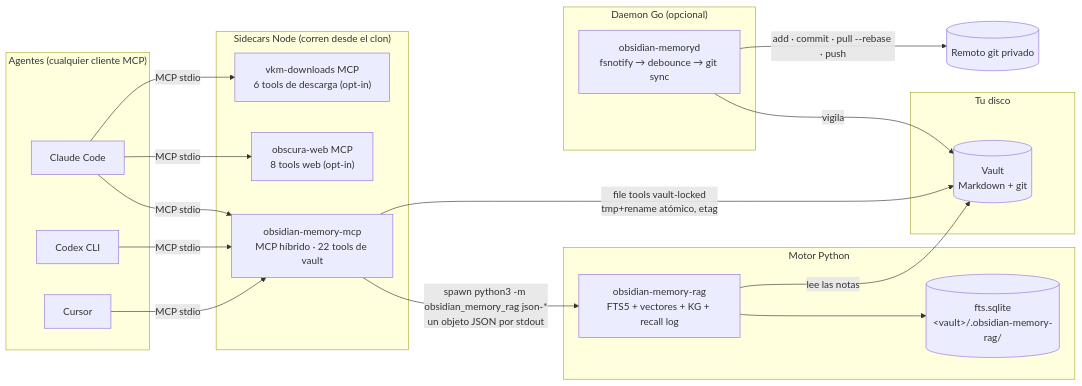
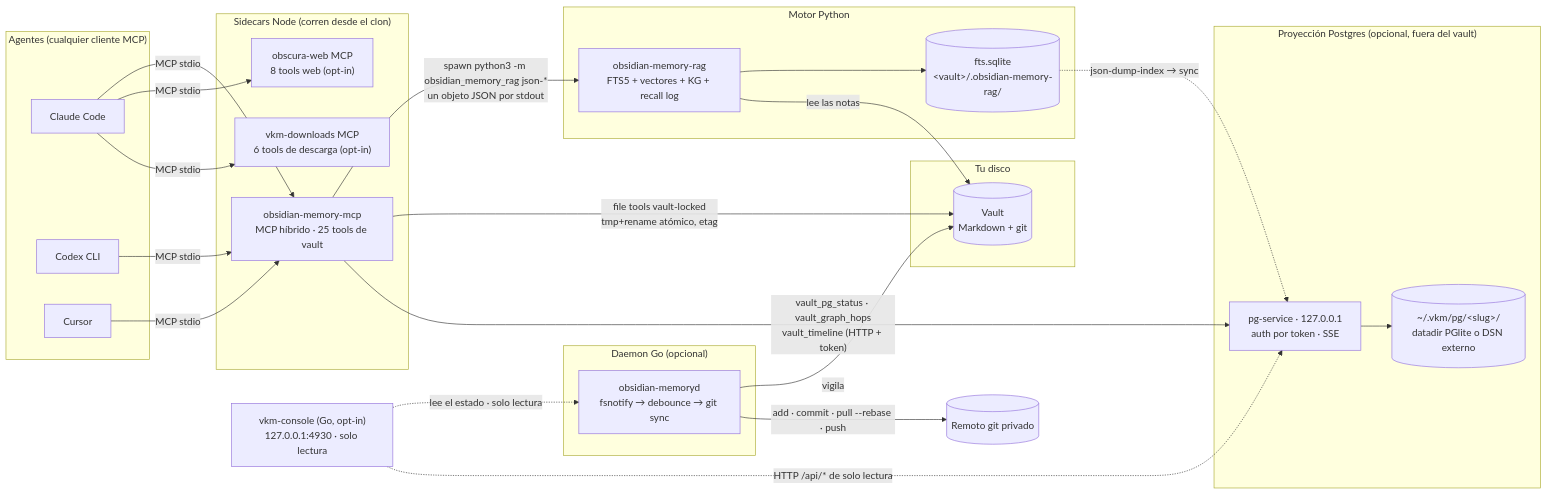
One commit to Vahlame/create-vkm-kit changed the first of 7 diagrams in docs/es/arquitectura-a-fondo.md. Above: the diagram before and after it, drawn with Mermaid. The commit also changed other lines of this file and 118 other files, not shown here.

````diff
--- a/docs/es/arquitectura-a-fondo.md
+++ b/docs/es/arquitectura-a-fondo.md
@@ -16,41 +16,53 @@
 ```mermaid
 flowchart LR
     subgraph agents["Agentes (cualquier cliente MCP)"]
         CC["Claude Code"]
         CX["Codex CLI"]
         CU["Cursor"]
     end
 
     subgraph node["Sidecars Node (corren desde el clon)"]
-        HY["obsidian-memory-mcp<br/>MCP híbrido · 22 tools de vault"]
+        HY["obsidian-memory-mcp<br/>MCP híbrido · 25 tools de vault"]
         OB["obscura-web MCP<br/>8 tools web (opt-in)"]
         DL["vkm-downloads MCP<br/>6 tools de descarga (opt-in)"]
     end
+
+    subgraph pg["Proyección Postgres (opcional, fuera del vault)"]
+        PGS["pg-service · 127.0.0.1<br/>auth por token · SSE"]
+        PGD[("~/.vkm/pg/&lt;slug&gt;/<br/>datadir PGlite o DSN externo")]
+    end
+
+    CON["vkm-console (Go, opt-in)<br/>127.0.0.1:4930 · solo lectura"]
 
     subgraph py["Motor Python"]
         RAG["obsidian-memory-rag<br/>FTS5 + vectores + KG + recall log"]
         DB[("fts.sqlite<br/>&lt;vault&gt;/.obsidian-memory-rag/")]
     end
 
     subgraph disk["Tu disco"]
         V[("Vault<br/>Markdown + git")]
     end
 
     subgraph go["Daemon Go (opcional)"]
         D["obsidian-memoryd<br/>fsnotify → debounce → git sync"]
     end
 
     R[("Remoto git privado")]
 
     CC -- "MCP stdio" --> HY
     CX -- "MCP stdio" --> HY
     CU -- "MCP stdio" --> HY
     CC -- "MCP stdio" --> OB
     CC -- "MCP stdio" --> DL
     HY -- "spawn python3 -m obsidian_memory_rag json-*<br/>un objeto JSON por stdout" --> RAG
     RAG --> DB
     RAG -- "lee las notas" --> V
     HY -- "file tools vault-locked<br/>tmp+rename atómico, etag" --> V
+    HY -- "vault_pg_status · vault_graph_hops<br/>vault_timeline (HTTP + token)" --> PGS
+    DB -. "json-dump-index → sync" .-> PGS
+    PGS --> PGD
+    CON -. "lee el estado · solo lectura" .-> D
+    CON -. "HTTP /api/* de solo lectura" .-> PGS
     D -- "vigila" --> V
     D -- "add · commit · pull --rebase · push" --> R
 ```
````
